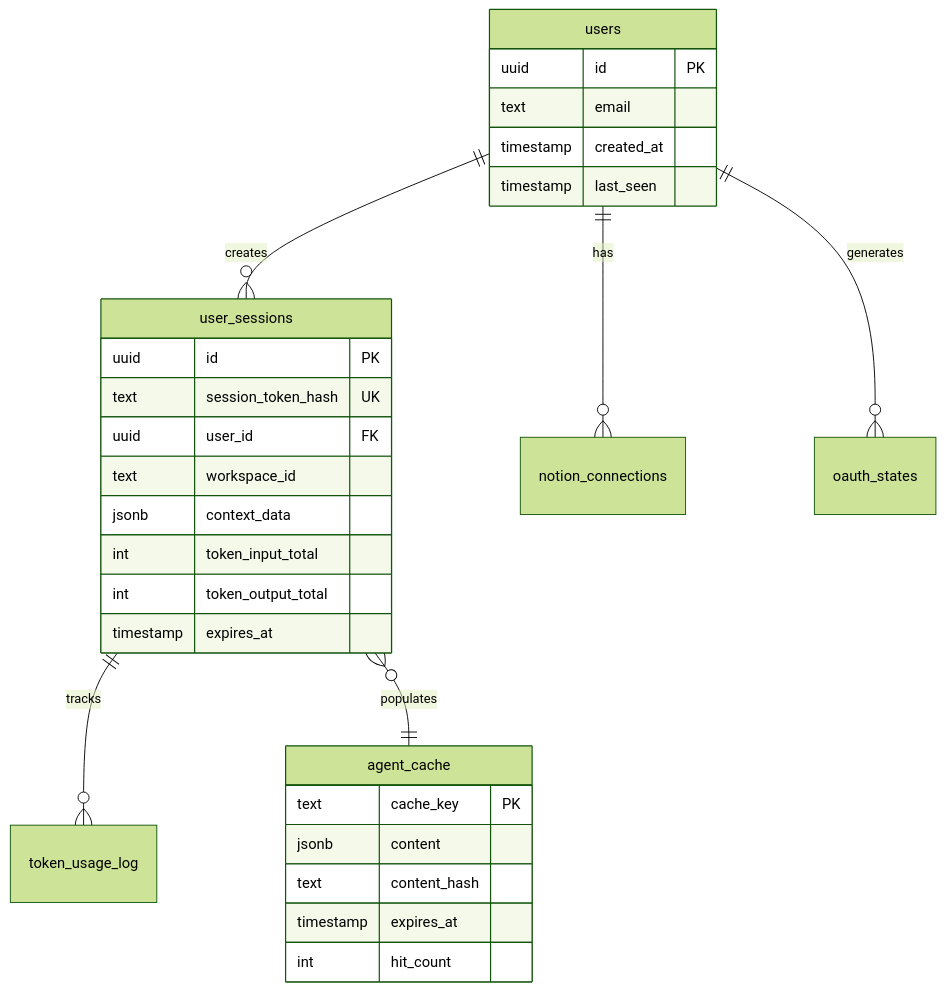
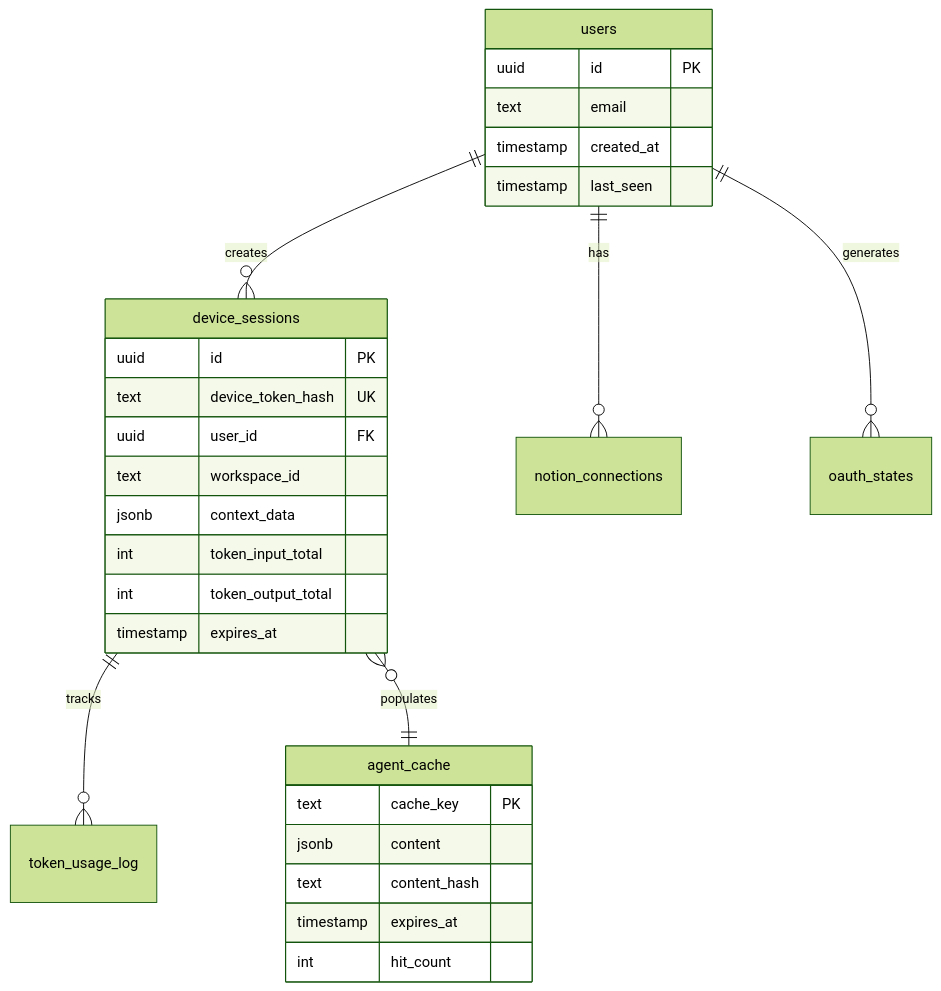
One commit to JayChir/alfred-system changed the diagram in docs/phase3plan.md. Above: the diagram before and after it, drawn with Mermaid (forest theme). The commit also changed other lines of this file and 9 other files, not shown here.

````diff
--- a/docs/phase3plan.md
+++ b/docs/phase3plan.md
@@ -377,34 +377,34 @@
 ```mermaid
 erDiagram
-    users ||--o{ user_sessions : creates
+    users ||--o{ device_sessions : creates
     users ||--o{ notion_connections : has
     users ||--o{ oauth_states : generates
-    user_sessions ||--o{ token_usage_log : tracks
-    user_sessions }o--|| agent_cache : populates
+    device_sessions ||--o{ token_usage_log : tracks
+    device_sessions }o--|| agent_cache : populates
 
     users {
         uuid id PK
         text email
         timestamp created_at
         timestamp last_seen
     }
 
-    user_sessions {
+    device_sessions {
         uuid id PK
-        text session_token_hash UK
+        text device_token_hash UK
         uuid user_id FK
         text workspace_id
         jsonb context_data
         int token_input_total
         int token_output_total
         timestamp expires_at
     }
 
     agent_cache {
         text cache_key PK
         jsonb content
         text content_hash
         timestamp expires_at
         int hit_count
     }
 ```
````
